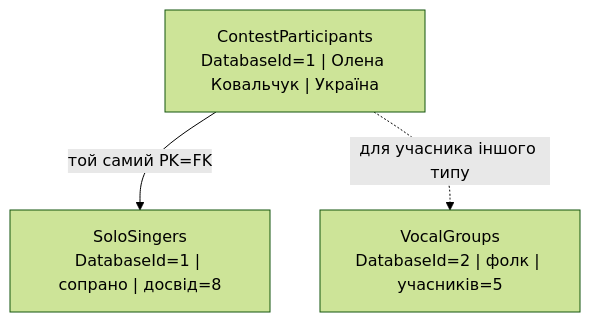
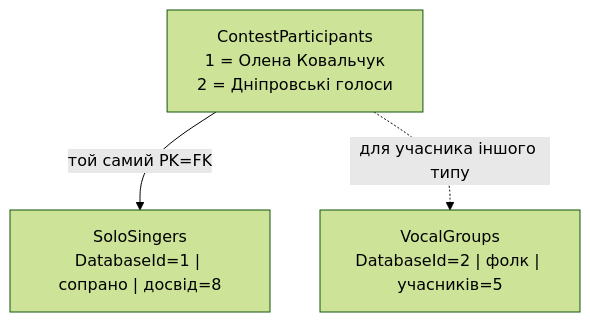
Before and after one commit to ZvezniyLord/NUPP_NET_2026_-404TH-_TK_-Galenko-_Lab: the eighth of 11 diagrams in README.md, drawn with Mermaid (forest theme).

Commit message:
fix(ukraine): Ukrainian tests and genuine regenerated SQLite screenshots

````diff
--- a/README.md
+++ b/README.md
@@ -348,8 +348,8 @@
 ```mermaid
 flowchart TB
-    BASE["ContestParticipants<br/>DatabaseId=1 | Олена Ковальчук | Україна"]
+    BASE["ContestParticipants<br/>1 = Олена Ковальчук<br/>2 = Дніпровські голоси"]
     SOLO["SoloSingers<br/>DatabaseId=1 | сопрано | досвід=8"]
     GROUP["VocalGroups<br/>DatabaseId=2 | фолк | учасників=5"]
     BASE -->|"той самий PK=FK"| SOLO
     BASE -.->|"для учасника іншого типу"| GROUP
 ```
````
